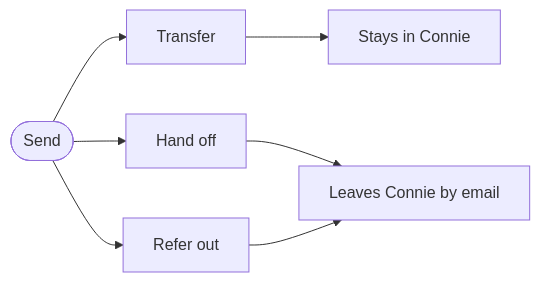
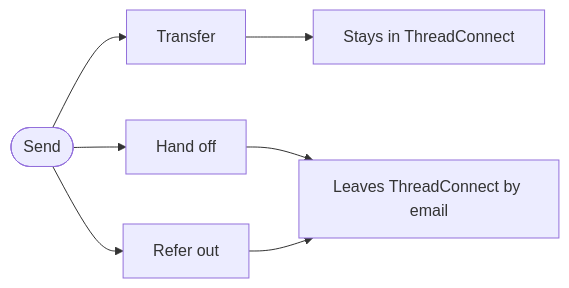
The diagram in docs/getting-started/feature-library/task-transfer-and-hand-off.md (ConnieML/docs.connie), drawn with Mermaid before and after one commit. The commit also changed other lines of this file and 139 other files, not shown here.

First line of the commit message:
Rebrand body text: Connie -> ThreadConnect across docs (CEO order 2026-10-30)

````diff
--- a/docs/getting-started/feature-library/task-transfer-and-hand-off.md
+++ b/docs/getting-started/feature-library/task-transfer-and-hand-off.md
@@ -38,9 +38,9 @@
 ```mermaid
 flowchart LR
     S([Send]) --> T[Transfer]
     S --> H[Hand off]
     S --> R[Refer out]
-    T --> K[Stays in Connie]
-    H --> L[Leaves Connie by email]
+    T --> K[Stays in ThreadConnect]
+    H --> L[Leaves ThreadConnect by email]
     R --> L
 ```
````
